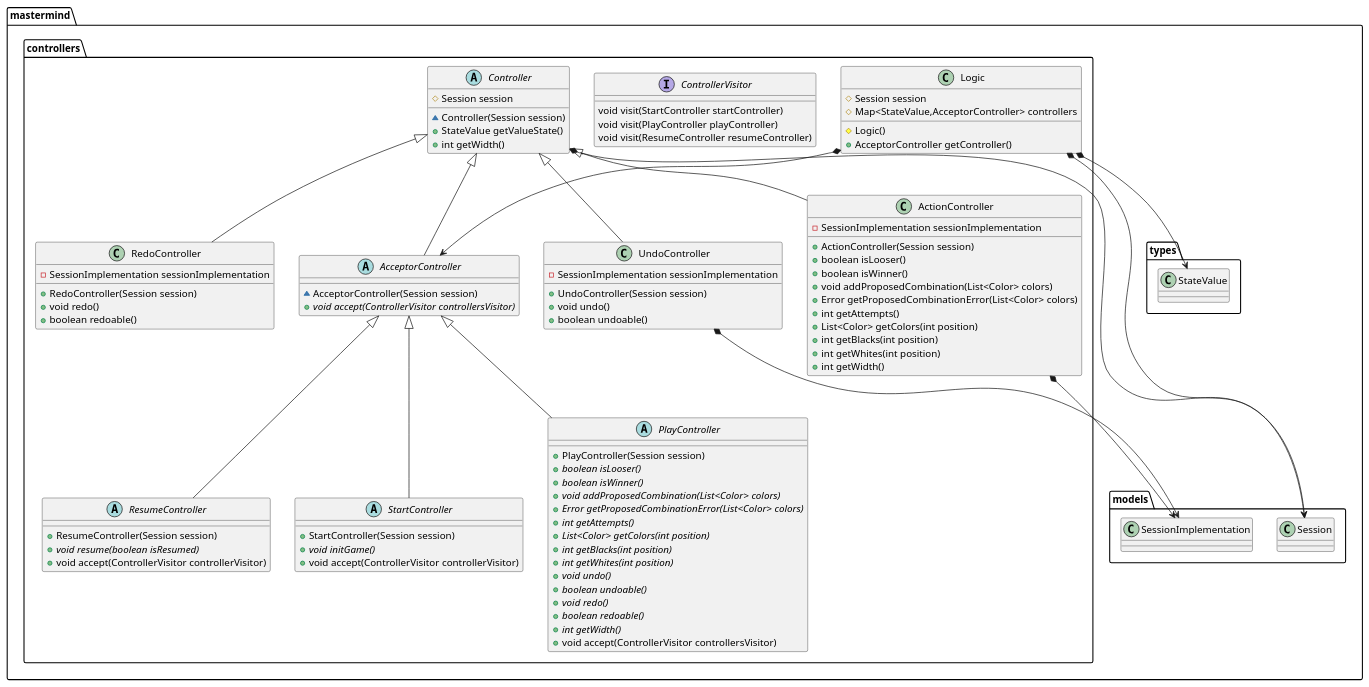
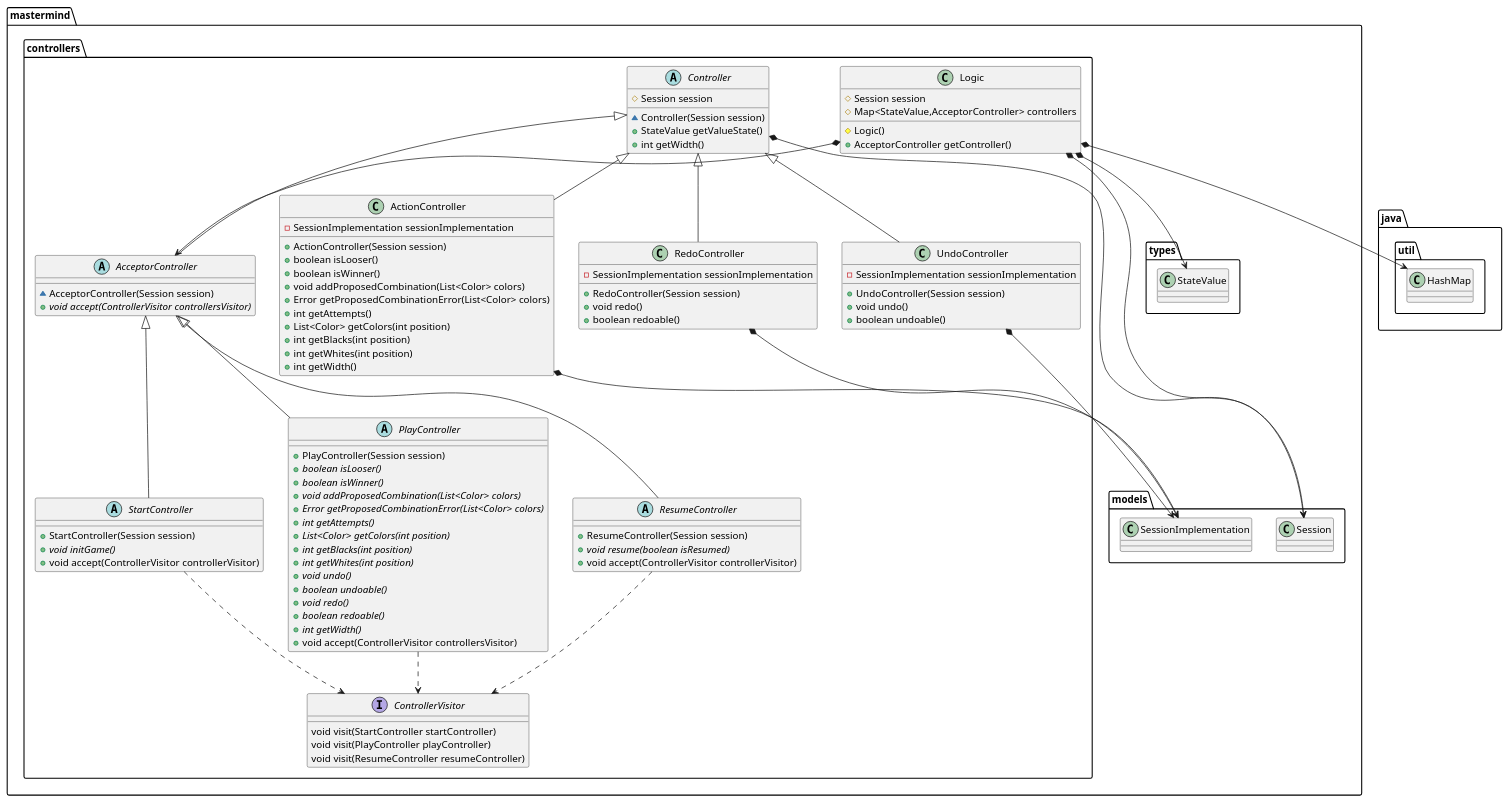
The diagram in docs/sources/paqueteMastermindControllers.iuml (jprieto92/mastermindClientServer), drawn with PlantUML before and after one commit. The commit also changed 9 other files, not shown here.

Commit message:
Update some UML diagrams with use relationships

```diff
--- a/docs/sources/paqueteMastermindControllers.iuml
+++ b/docs/sources/paqueteMastermindControllers.iuml
@@ -1,99 +1,106 @@
 @startuml
 
 abstract class mastermind.controllers.AcceptorController [[java:jprieto.mastermind.controllers.AcceptorController]] {
 	~AcceptorController(Session session)
 	+{abstract}void accept(ControllerVisitor controllersVisitor)
 }
 mastermind.controllers.Controller <|-- mastermind.controllers.AcceptorController
 
 class mastermind.controllers.ActionController [[java:jprieto.mastermind.controllers.ActionController]] {
 	-SessionImplementation sessionImplementation
 	+ActionController(Session session)
 	+boolean isLooser()
 	+boolean isWinner()
 	+void addProposedCombination(List<Color> colors)
 	+Error getProposedCombinationError(List<Color> colors)
 	+int getAttempts()
 	+List<Color> getColors(int position)
 	+int getBlacks(int position)
 	+int getWhites(int position)
 	+int getWidth()
 }
 mastermind.controllers.Controller <|-- mastermind.controllers.ActionController
 mastermind.controllers.ActionController *-down-> mastermind.models.SessionImplementation
 
 abstract class mastermind.controllers.Controller [[java:jprieto.mastermind.controllers.Controller]] {
 	#Session session
 	~Controller(Session session)
 	+StateValue getValueState()
 	+int getWidth()
 }
 mastermind.controllers.Controller *-down-> mastermind.models.Session
 
 interface mastermind.controllers.ControllerVisitor [[java:jprieto.mastermind.controllers.ControllerVisitor]] {
 	void visit(StartController startController)
 	void visit(PlayController playController)
 	void visit(ResumeController resumeController)
 }
 
 class mastermind.controllers.Logic [[java:jprieto.mastermind.controllers.Logic]] {
 	#Session session
 	#Map<StateValue,AcceptorController> controllers
 	#Logic()
 	+AcceptorController getController()
 }
 mastermind.controllers.Logic *-down-> mastermind.models.Session
 mastermind.controllers.Logic *-down-> mastermind.types.StateValue
 mastermind.controllers.Logic *-down-> mastermind.controllers.AcceptorController
+mastermind.controllers.Logic *-down-> java.util.HashMap
 
 abstract class mastermind.controllers.PlayController [[java:jprieto.mastermind.controllers.PlayController]] {
 	+PlayController(Session session)
 	+{abstract}boolean isLooser()
 	+{abstract}boolean isWinner()
 	+{abstract}void addProposedCombination(List<Color> colors)
 	+{abstract}Error getProposedCombinationError(List<Color> colors)
 	+{abstract}int getAttempts()
 	+{abstract}List<Color> getColors(int position)
 	+{abstract}int getBlacks(int position)
 	+{abstract}int getWhites(int position)
 	+{abstract}void undo()
 	+{abstract}boolean undoable()
 	+{abstract}void redo()
 	+{abstract}boolean redoable()
 	+{abstract}int getWidth()
 	+void accept(ControllerVisitor controllersVisitor)
 }
 mastermind.controllers.AcceptorController <|-- mastermind.controllers.PlayController
+mastermind.controllers.PlayController ..> mastermind.controllers.ControllerVisitor
 
 class mastermind.controllers.RedoController [[java:jprieto.mastermind.controllers.RedoController]] {
 	-SessionImplementation sessionImplementation
 	+RedoController(Session session)
 	+void redo()
 	+boolean redoable()
 }
 mastermind.controllers.Controller <|-- mastermind.controllers.RedoController
+mastermind.controllers.RedoController *-down-> mastermind.models.SessionImplementation
 
 abstract class mastermind.controllers.ResumeController [[java:jprieto.mastermind.controllers.ResumeController]] {
 	+ResumeController(Session session)
 	+{abstract}void resume(boolean isResumed)
 	+void accept(ControllerVisitor controllerVisitor)
 }
 mastermind.controllers.AcceptorController <|-- mastermind.controllers.ResumeController
+mastermind.controllers.ResumeController ..> mastermind.controllers.ControllerVisitor
+
 
 abstract class mastermind.controllers.StartController [[java:jprieto.mastermind.controllers.StartController]] {
 	+StartController(Session session)
 	+{abstract}void initGame()
 	+void accept(ControllerVisitor controllerVisitor)
 }
 mastermind.controllers.AcceptorController <|-- mastermind.controllers.StartController
+mastermind.controllers.StartController ..> mastermind.controllers.ControllerVisitor
+
 
 class mastermind.controllers.UndoController [[java:jprieto.mastermind.controllers.UndoController]] {
 	-SessionImplementation sessionImplementation
 	+UndoController(Session session)
 	+void undo()
 	+boolean undoable()
 }
 mastermind.controllers.Controller <|-- mastermind.controllers.UndoController
 mastermind.controllers.UndoController *-down-> mastermind.models.SessionImplementation
 
 @enduml
```
